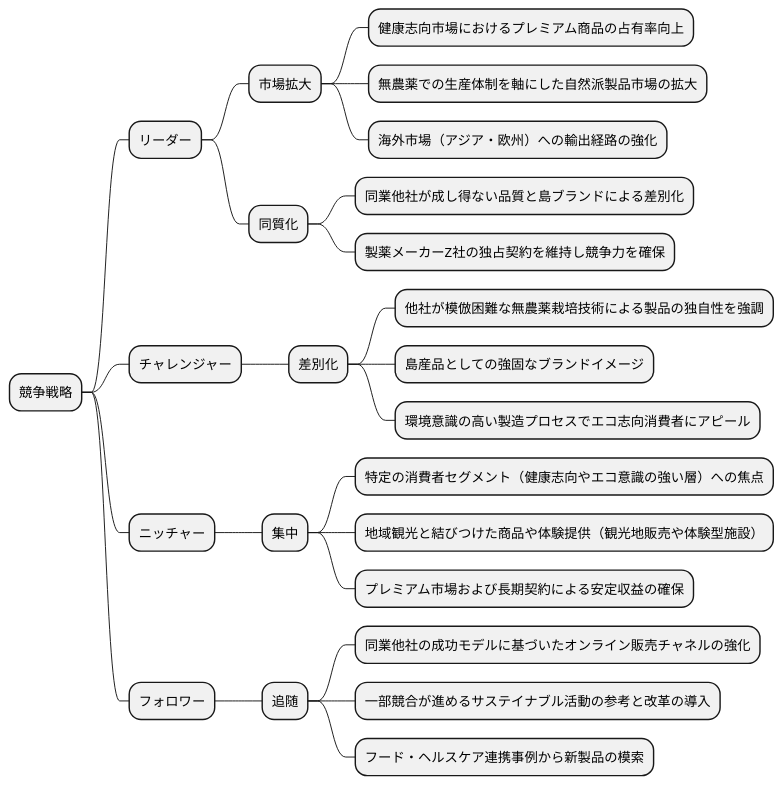
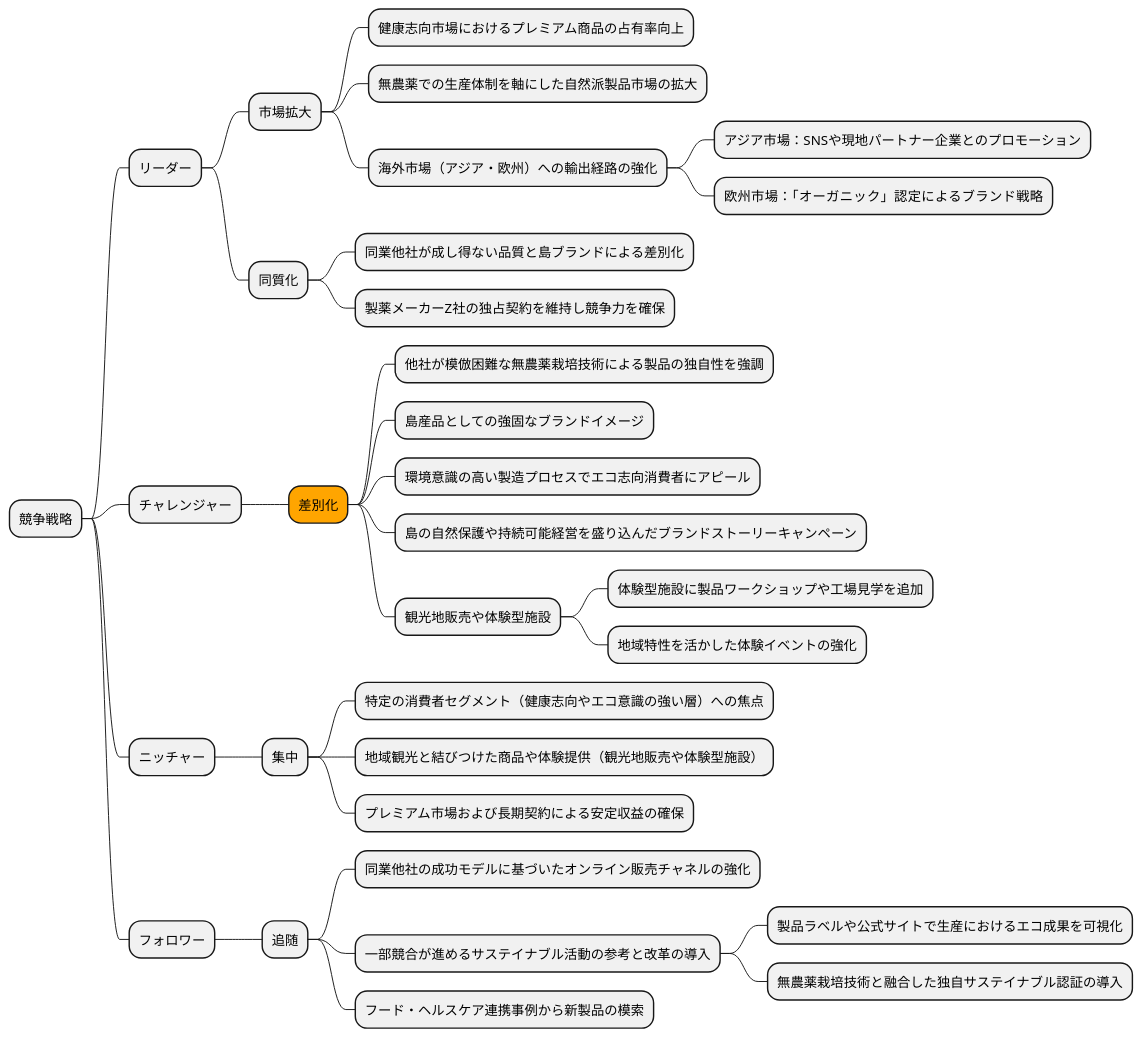
The ninth of 19 diagrams in docs/case/r02_case_2.adoc (k2works/case-study-business-analysis), drawn with PlantUML before and after one commit. The commit also changed other lines of this file, not shown here.

```diff
--- a/docs/case/r02_case_2.adoc
+++ b/docs/case/r02_case_2.adoc
@@ -344,31 +374,39 @@
 [plantuml]
 ----
 @startmindmap
 
 * 競争戦略
 ** リーダー
 *** 市場拡大
 **** 健康志向市場におけるプレミアム商品の占有率向上
 **** 無農薬での生産体制を軸にした自然派製品市場の拡大
 **** 海外市場（アジア・欧州）への輸出経路の強化
+***** アジア市場：SNSや現地パートナー企業とのプロモーション
+***** 欧州市場：「オーガニック」認定によるブランド戦略
 *** 同質化
 **** 同業他社が成し得ない品質と島ブランドによる差別化
 **** 製薬メーカーZ社の独占契約を維持し競争力を確保
 ** チャレンジャー
-*** 差別化
+***[#orange] 差別化
 **** 他社が模倣困難な無農薬栽培技術による製品の独自性を強調
 **** 島産品としての強固なブランドイメージ
 **** 環境意識の高い製造プロセスでエコ志向消費者にアピール
+**** 島の自然保護や持続可能経営を盛り込んだブランドストーリーキャンペーン
+**** 観光地販売や体験型施設
+***** 体験型施設に製品ワークショップや工場見学を追加
+***** 地域特性を活かした体験イベントの強化
 ** ニッチャー
 *** 集中
 **** 特定の消費者セグメント（健康志向やエコ意識の強い層）への焦点
 **** 地域観光と結びつけた商品や体験提供（観光地販売や体験型施設）
 **** プレミアム市場および長期契約による安定収益の確保
 ** フォロワー
 *** 追随
 **** 同業他社の成功モデルに基づいたオンライン販売チャネルの強化
 **** 一部競合が進めるサステイナブル活動の参考と改革の導入
+***** 製品ラベルや公式サイトで生産におけるエコ成果を可視化
+***** 無農薬栽培技術と融合した独自サステイナブル認証の導入
 **** フード・ヘルスケア連携事例から新製品の模索
 
 @endmindmap
 ----
```
